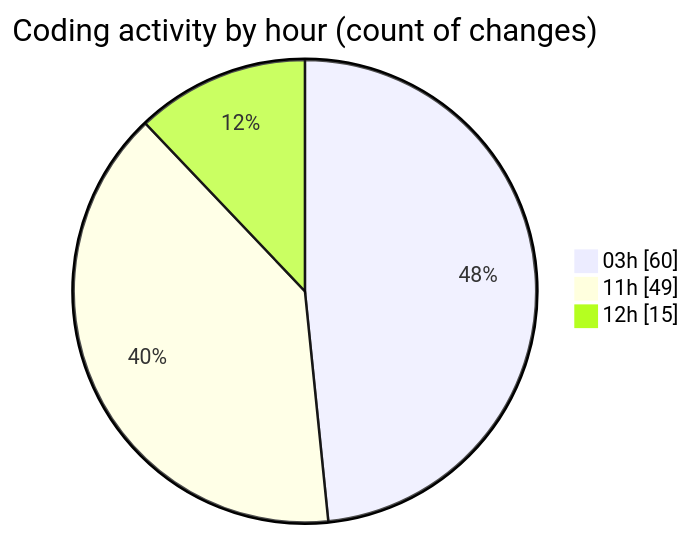
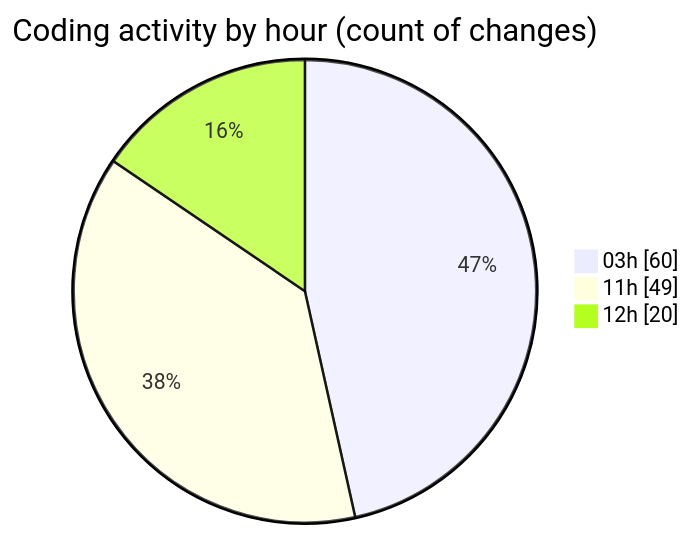
Before and after one commit to Ritupan-Deka/code-tracking: the second of 2 diagrams in 2025-07-02/mern-thinkboard/README.md, drawn with Mermaid. The commit also changed other lines of this file and 1 other file, not shown here.

````diff
--- a/2025-07-02/mern-thinkboard/README.md
+++ b/2025-07-02/mern-thinkboard/README.md
@@ -35,7 +37,7 @@
 ```mermaid
 pie showData
 title Coding activity by hour (count of changes)
 "03h" : 60
 "11h" : 49
-"12h" : 15
+"12h" : 20
 ```
````
